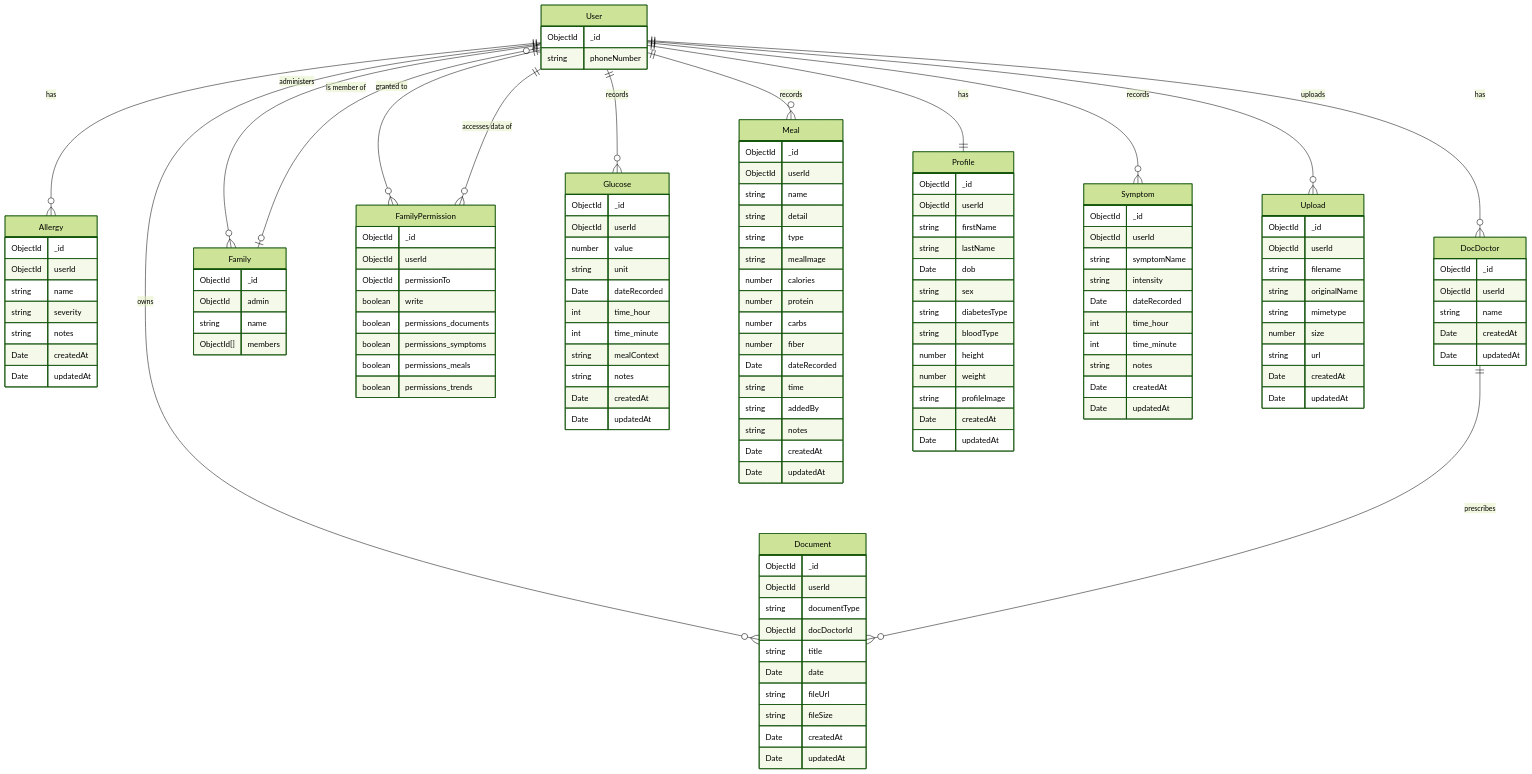
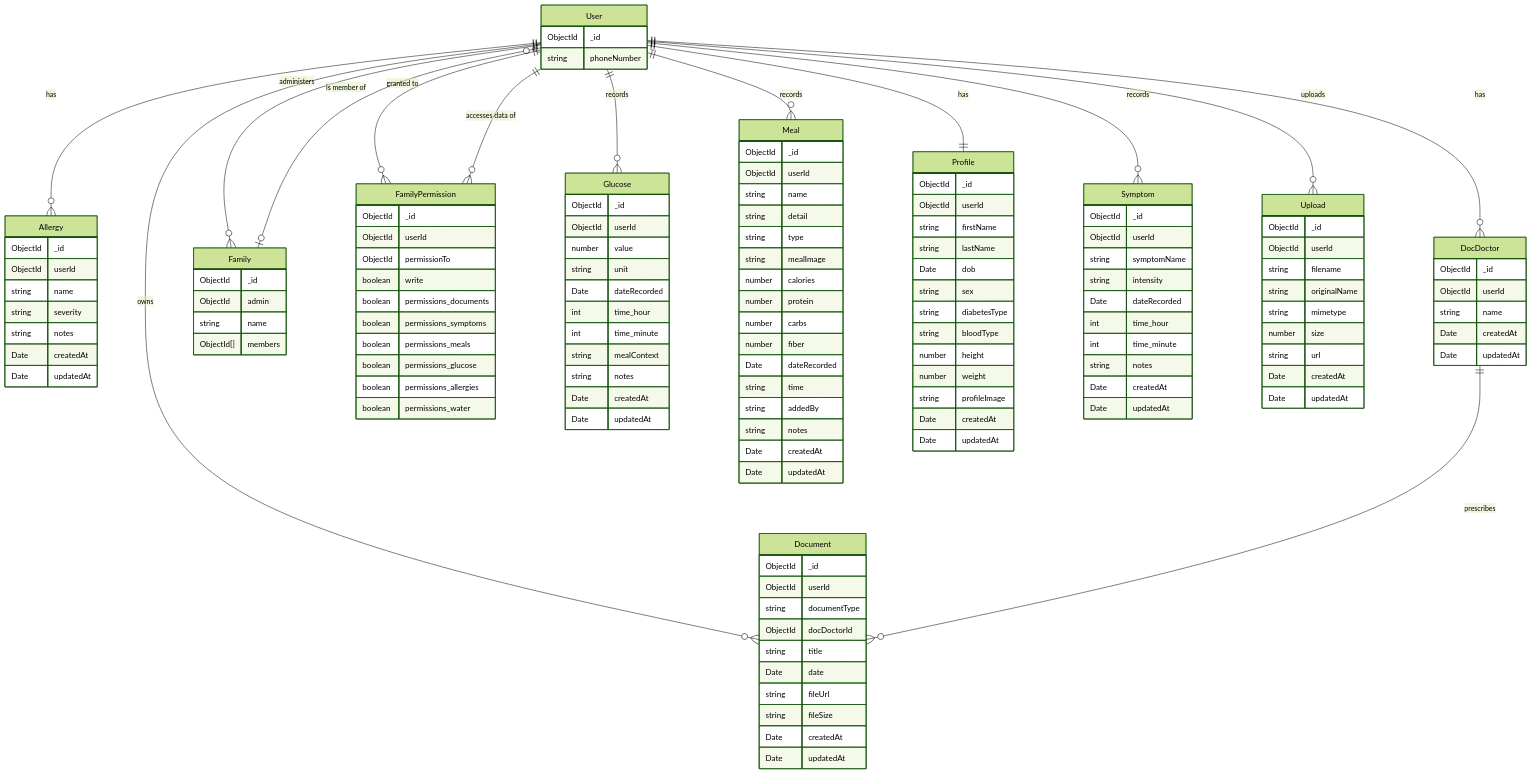
Before and after one commit to chirag3003/phr_backend: the diagram in docs/diagrams/er_diagram.mermaid, drawn with Mermaid (forest theme). The commit also changed 26 other files, not shown here.

```diff
--- a/docs/diagrams/er_diagram.mermaid
+++ b/docs/diagrams/er_diagram.mermaid
@@ -1,142 +1,144 @@
 erDiagram
     User {
         ObjectId _id
         string phoneNumber
     }
 
     Allergy {
         ObjectId _id
         ObjectId userId
         string name
         string severity
         string notes
         Date createdAt
         Date updatedAt
     }
 
     DocDoctor {
         ObjectId _id
         ObjectId userId
         string name
         Date createdAt
         Date updatedAt
     }
 
     Document {
         ObjectId _id
         ObjectId userId
         string documentType
         ObjectId docDoctorId
         string title
         Date date
         string fileUrl
         string fileSize
         Date createdAt
         Date updatedAt
     }
 
     Family {
         ObjectId _id
         ObjectId admin
         string name
         ObjectId[] members
     }
 
     FamilyPermission {
         ObjectId _id
         ObjectId userId
         ObjectId permissionTo
         boolean write
         boolean permissions_documents
         boolean permissions_symptoms
         boolean permissions_meals
-        boolean permissions_trends
+        boolean permissions_glucose
+        boolean permissions_allergies
+        boolean permissions_water
     }
 
     Glucose {
         ObjectId _id
         ObjectId userId
         number value
         string unit
         Date dateRecorded
         int time_hour
         int time_minute
         string mealContext
         string notes
         Date createdAt
         Date updatedAt
     }
 
     Meal {
         ObjectId _id
         ObjectId userId
         string name
         string detail
         string type
         string mealImage
         number calories
         number protein
         number carbs
         number fiber
         Date dateRecorded
         string time
         string addedBy
         string notes
         Date createdAt
         Date updatedAt
     }
 
     Profile {
         ObjectId _id
         ObjectId userId
         string firstName
         string lastName
         Date dob
         string sex
         string diabetesType
         string bloodType
         number height
         number weight
         string profileImage
         Date createdAt
         Date updatedAt
     }
 
     Symptom {
         ObjectId _id
         ObjectId userId
         string symptomName
         string intensity
         Date dateRecorded
         int time_hour
         int time_minute
         string notes
         Date createdAt
         Date updatedAt
     }
 
     Upload {
         ObjectId _id
         ObjectId userId
         string filename
         string originalName
         string mimetype
         number size
         string url
         Date createdAt
         Date updatedAt
     }
 
     User ||--o{ Allergy : "has"
     User ||--o{ DocDoctor : "has"
     User ||--o{ Document : "owns"
     DocDoctor ||--o{ Document : "prescribes"
     User ||--o{ Family : "administers"
     User }o--o| Family : "is member of"
     User ||--o{ FamilyPermission : "granted to"
     User ||--o{ FamilyPermission : "accesses data of"
     User ||--o{ Glucose : "records"
     User ||--o{ Meal : "records"
     User ||--|| Profile : "has"
     User ||--o{ Symptom : "records"
     User ||--o{ Upload : "uploads"
```
